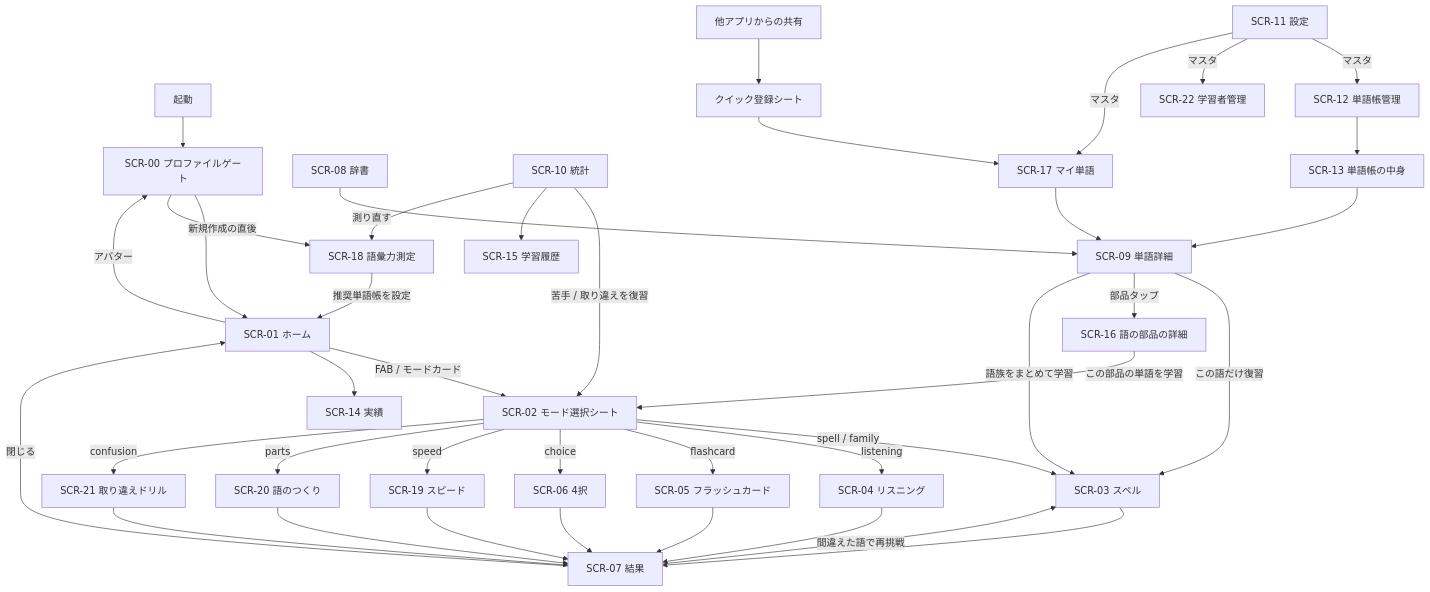
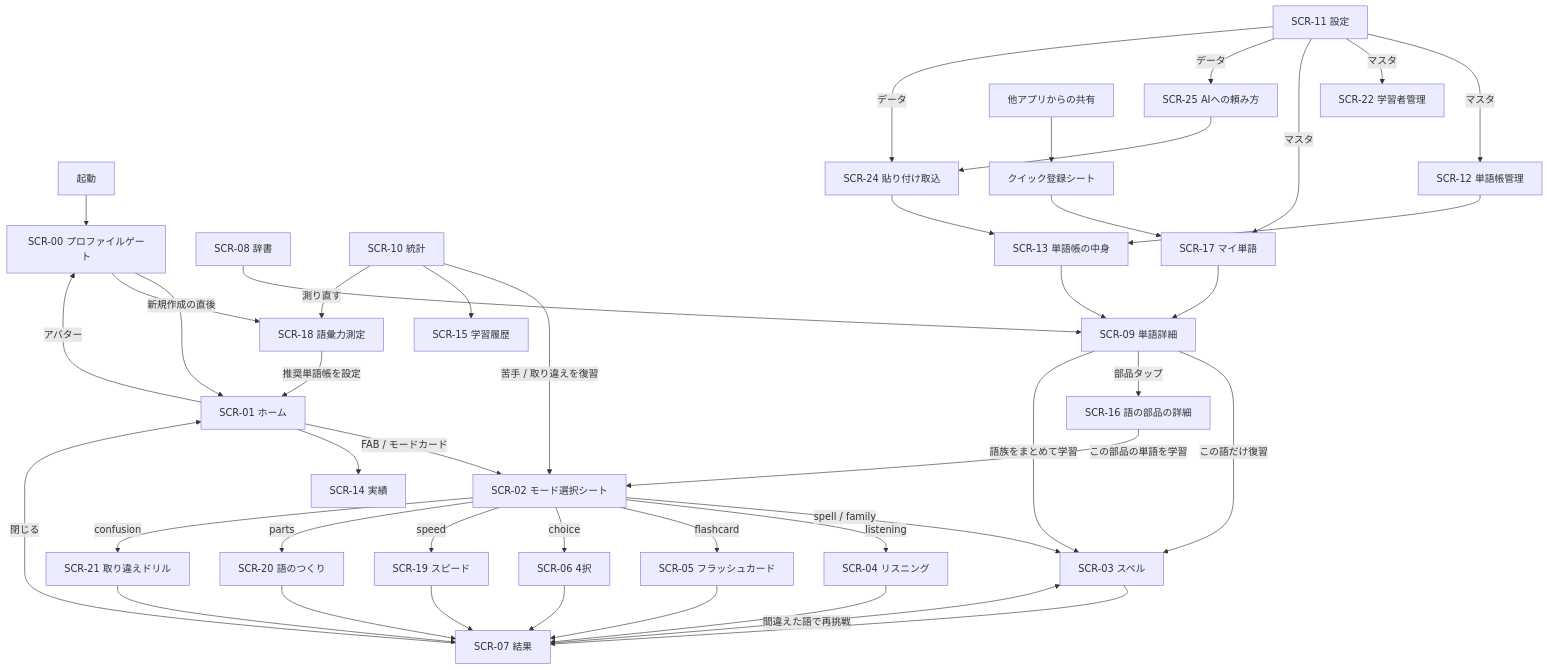
One commit to t2k2pp/encello changed the first of 2 diagrams in Docs/04_screens_and_flows.md. Above: the diagram before and after it, drawn with Mermaid. The commit also changed other lines of this file and 5 other files, not shown here.

````diff
--- a/Docs/04_screens_and_flows.md
+++ b/Docs/04_screens_and_flows.md
@@ -51,41 +53,45 @@
 ```mermaid
 flowchart TD
   BOOT[起動] --> SCR00[SCR-00 プロファイルゲート]
   SCR00 --> SCR01[SCR-01 ホーム]
   SCR00 -->|新規作成の直後| SCR18[SCR-18 語彙力測定]
   SCR18 -->|推奨単語帳を設定| SCR01
   SCR01 -->|アバター| SCR00
   SCR01 -->|FAB / モードカード| SCR02[SCR-02 モード選択シート]
   SCR02 -->|spell / family| SCR03[SCR-03 スペル]
   SCR02 -->|listening| SCR04[SCR-04 リスニング]
   SCR02 -->|flashcard| SCR05[SCR-05 フラッシュカード]
   SCR02 -->|choice| SCR06[SCR-06 4択]
   SCR02 -->|speed| SCR19[SCR-19 スピード]
   SCR02 -->|parts| SCR20[SCR-20 語のつくり]
   SCR02 -->|confusion| SCR21[SCR-21 取り違えドリル]
   SCR03 --> SCR07[SCR-07 結果]
   SCR04 --> SCR07
   SCR05 --> SCR07
   SCR06 --> SCR07
   SCR19 --> SCR07
   SCR20 --> SCR07
   SCR21 --> SCR07
   SCR07 -->|間違えた語で再挑戦| SCR03
   SCR07 -->|閉じる| SCR01
   SCR01 --> SCR14[SCR-14 実績]
   SCR08[SCR-08 辞書] --> SCR09[SCR-09 単語詳細]
   SCR09 -->|この語だけ復習| SCR03
   SCR09 -->|部品タップ| SCR16[SCR-16 語の部品の詳細]
   SCR09 -->|語族をまとめて学習| SCR03
   SCR16 -->|この部品の単語を学習| SCR02
   SCR10[SCR-10 統計] -->|苦手 / 取り違えを復習| SCR02
   SCR10 --> SCR15[SCR-15 学習履歴]
   SCR10 -->|測り直す| SCR18
   SCR11[SCR-11 設定] -->|マスタ| SCR12[SCR-12 単語帳管理]
   SCR11 -->|マスタ| SCR22[SCR-22 学習者管理]
   SCR11 -->|マスタ| SCR17[SCR-17 マイ単語]
   SCR12 --> SCR13[SCR-13 単語帳の中身]
   SCR13 --> SCR09
   SCR17 --> SCR09
   SHARE[他アプリからの共有] --> QADD[クイック登録シート] --> SCR17
+  SCR11 -->|データ| SCR25[SCR-25 AIへの頼み方]
+  SCR25 --> SCR24[SCR-24 貼り付け取込]
+  SCR11 -->|データ| SCR24
+  SCR24 --> SCR13
 ```
````
